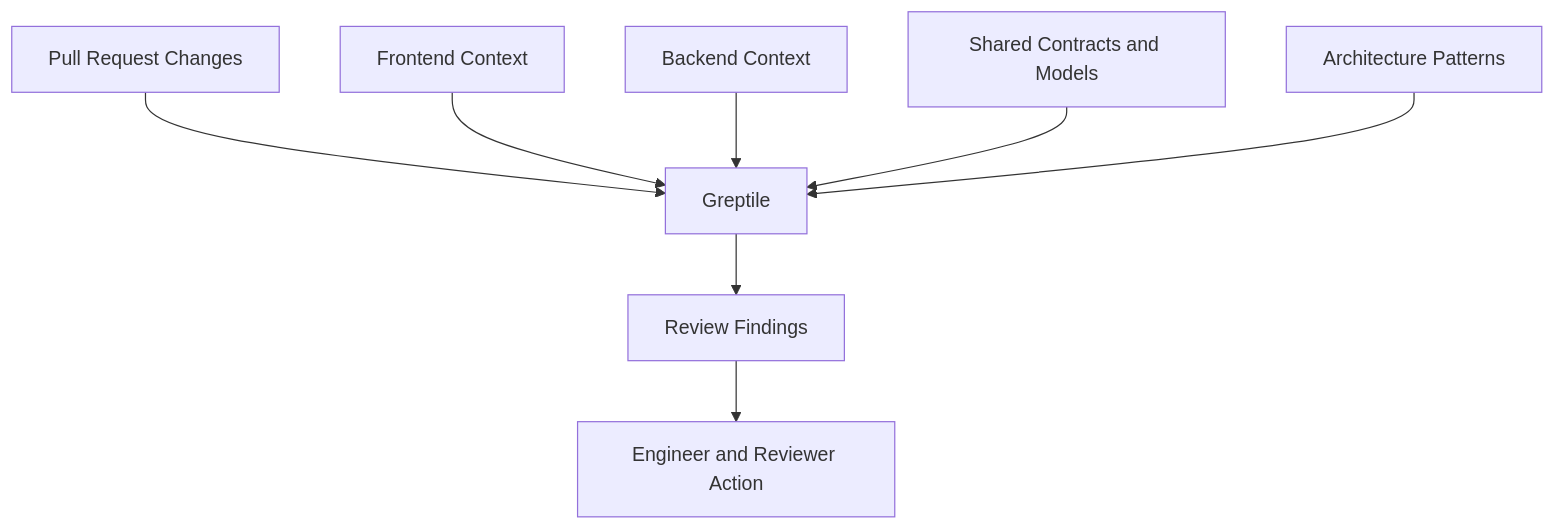
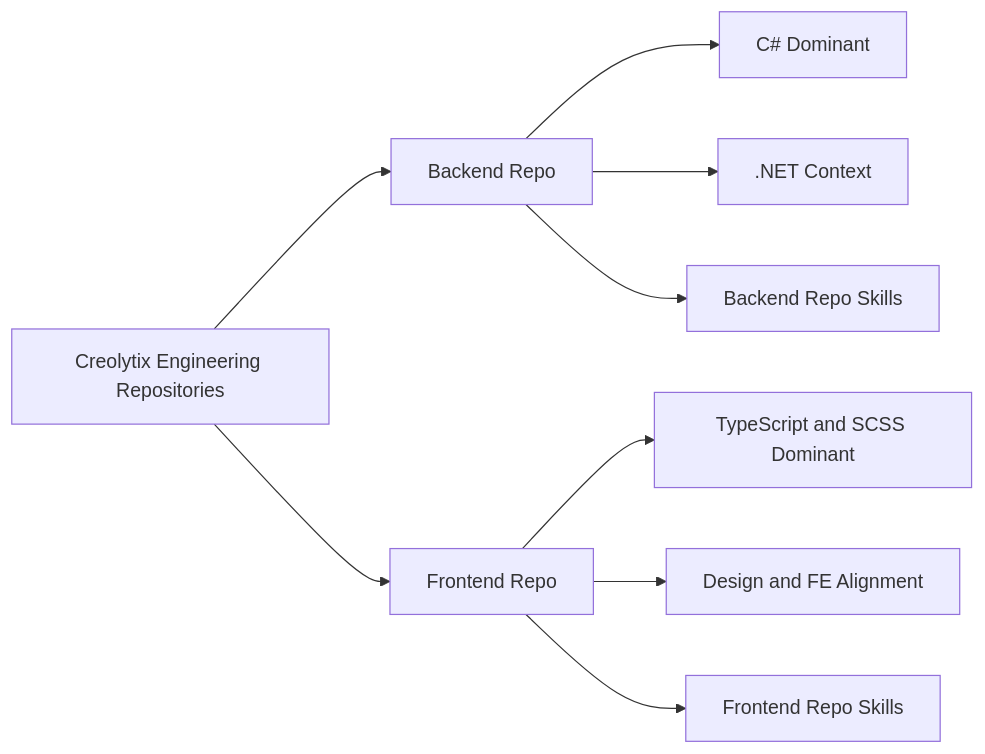
One commit to refat-asadullah-creolytix-dev/refat-asadullah-creolytix-dev changed diagram 12 of 18 in creolytix-ai-delivery-model.md. Above: the diagram before and after it, drawn with Mermaid. The commit also changed other lines of this file, not shown here.

````diff
--- a/creolytix-ai-delivery-model.md
+++ b/creolytix-ai-delivery-model.md
@@ -644,10 +395,13 @@
 ```mermaid
-flowchart TB
-    A[Pull Request Changes] --> B[Greptile]
-    C[Frontend Context] --> B
-    D[Backend Context] --> B
-    E[Shared Contracts and Models] --> B
-    F[Architecture Patterns] --> B
-    B --> G[Review Findings]
-    G --> H[Engineer and Reviewer Action]
+flowchart LR
+    A[Creolytix Engineering Repositories] --> B[Backend Repo]
+    A --> C[Frontend Repo]
+
+    B --> B1[C# Dominant]
+    B --> B2[.NET Context]
+    B --> B3[Backend Repo Skills]
+
+    C --> C1[TypeScript and SCSS Dominant]
+    C --> C2[Design and FE Alignment]
+    C --> C3[Frontend Repo Skills]
 ```
````
